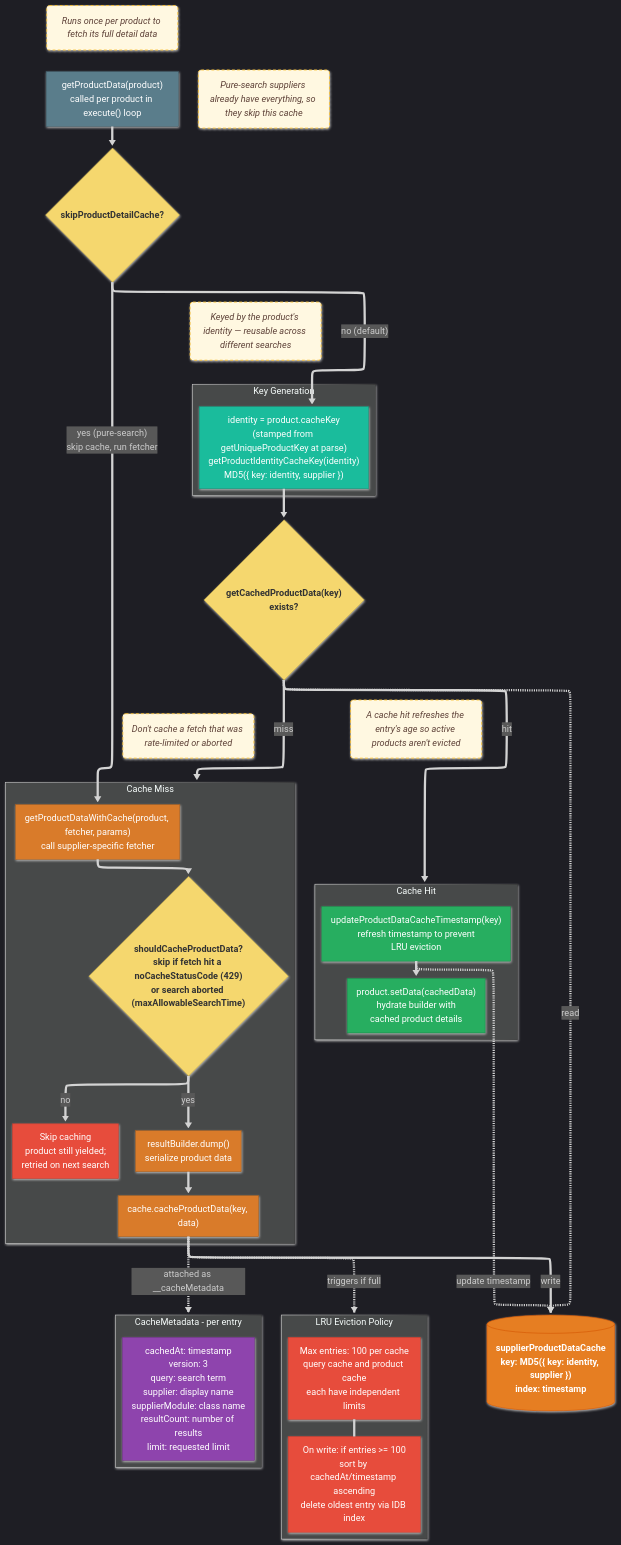
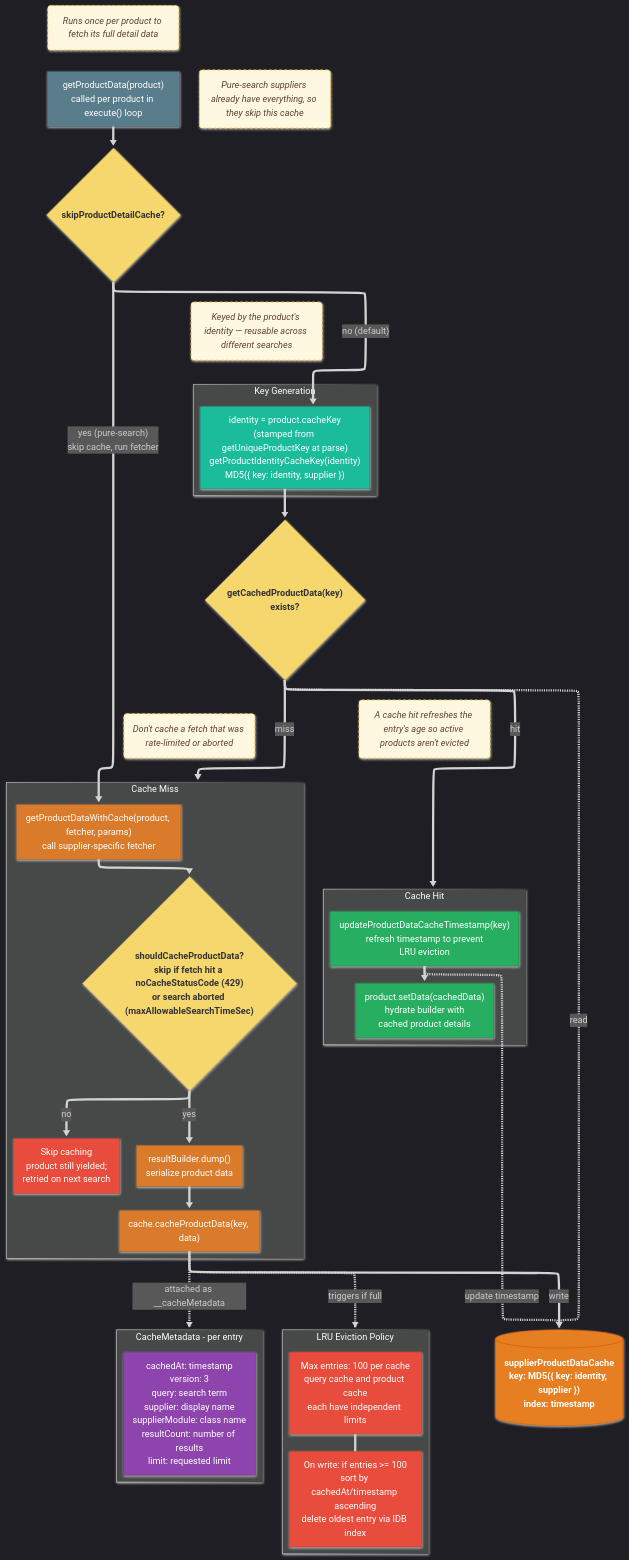
The third of 5 diagrams in pages/diagrams/search-cache-flow.md (jhyland87/chem-pal), drawn with Mermaid before and after one commit. The commit also changed other lines of this file and 51 other files, not shown here.

```diff
--- a/pages/diagrams/search-cache-flow.md
+++ b/pages/diagrams/search-cache-flow.md
@@ -228,7 +228,7 @@
 subgraph CacheMiss2["Cache Miss"]
 direction TB
 FETCH["getProductDataWithCache(product, fetcher, params)\ncall supplier-specific fetcher"]
-CACHEABLE{"shouldCacheProductData?\nskip if fetch hit a noCacheStatusCode (429)\nor search aborted (maxAllowableSearchTime)"}
+CACHEABLE{"shouldCacheProductData?\nskip if fetch hit a noCacheStatusCode (429)\nor search aborted (maxAllowableSearchTimeSec)"}
 DUMP2["resultBuilder.dump()\nserialize product data"]
 SAVE2["cache.cacheProductData(key, data)"]
 SKIP2["Skip caching\nproduct still yielded;\nretried on next search"]
```
